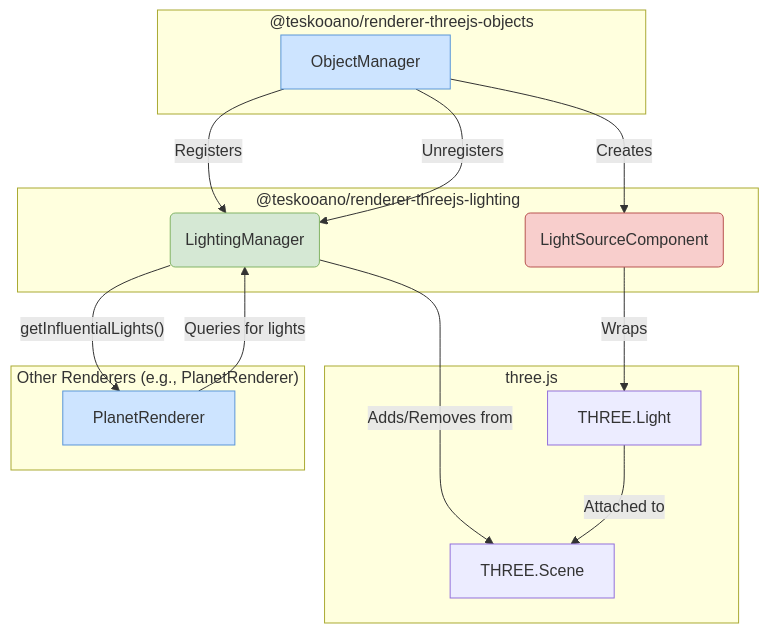
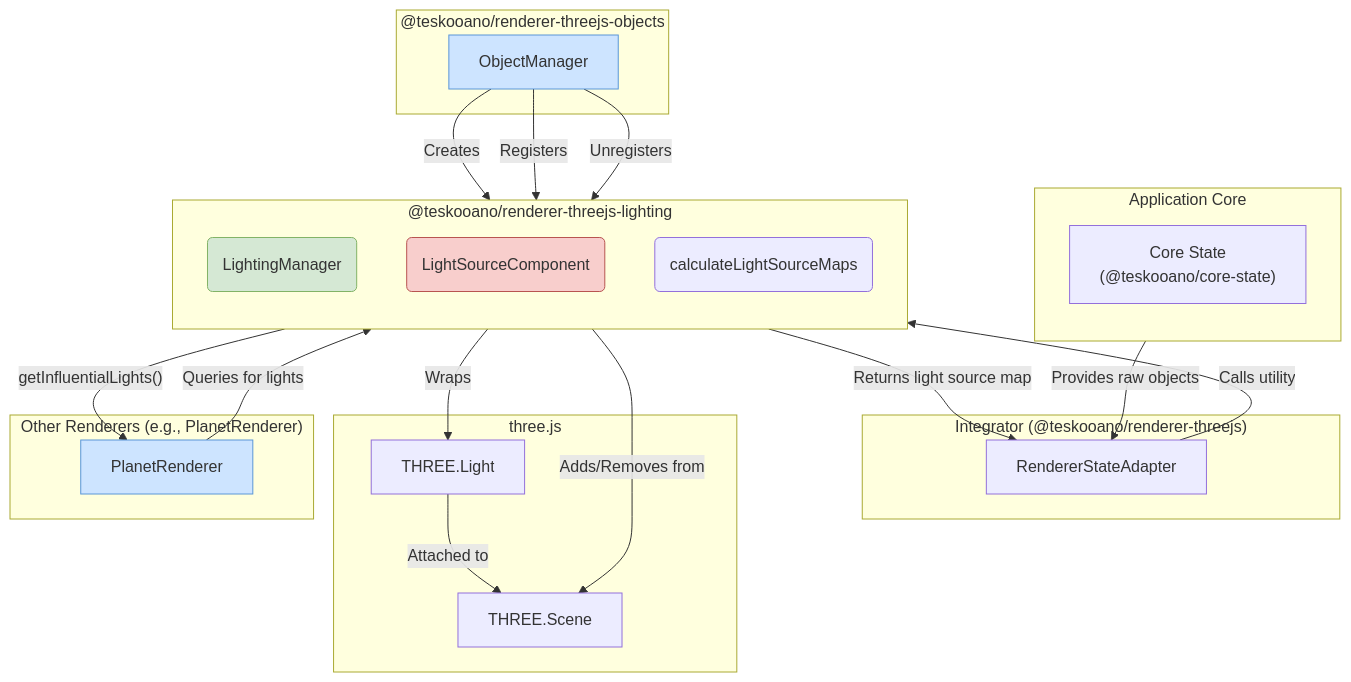
The diagram in packages/renderer/threejs-lighting/ARCHITECTURE.md (tanepiper/teskooano), drawn with Mermaid before and after one commit. The commit also changed other lines of this file and 9 other files, not shown here.

````diff
--- a/packages/renderer/threejs-lighting/ARCHITECTURE.md
+++ b/packages/renderer/threejs-lighting/ARCHITECTURE.md
@@ -22,39 +25,54 @@
 ```mermaid
 graph TD
+    subgraph "Application Core"
+        direction TB
+        CoreState["Core State<br/>(@teskooano/core-state)"];
+    end
+
+    subgraph "Integrator (@teskooano/renderer-threejs)"
+        RSA["RendererStateAdapter"]
+    end
+
     subgraph "@teskooano/renderer-threejs-objects"
         OM[ObjectManager]
     end
 
     subgraph "@teskooano/renderer-threejs-lighting"
+        direction TB
         LM(LightingManager)
         LSC(LightSourceComponent)
+        CSM(calculateLightSourceMaps)
     end
 
     subgraph "three.js"
         L[THREE.Light]
         S[THREE.Scene]
     end
 
     subgraph "Other Renderers (e.g., PlanetRenderer)"
         PR[PlanetRenderer]
     end
+
+    CoreState -- "Provides raw objects" --> RSA
+    RSA -- "Calls utility" --> CSM
+    CSM -- "Returns light source map" --> RSA
 
     OM -- "Creates" --> LSC;
     OM -- "Registers" --> LM;
     OM -- "Unregisters" --> LM;
 
     LSC -- "Wraps" --> L;
     LM -- "Adds/Removes from" --> S;
     L -- "Attached to" --> S;
 
     PR -- "Queries for lights" --> LM;
     LM -- "getInfluentialLights()" --> PR;
 
     classDef consumer fill:#cde4ff,stroke:#5a96d8;
     classDef manager fill:#d5e8d4,stroke:#82b366;
     classDef component fill:#f8cecc,stroke:#b85450;
     class OM,PR consumer;
     class LM manager;
     class LSC component;
 
 ```
````
